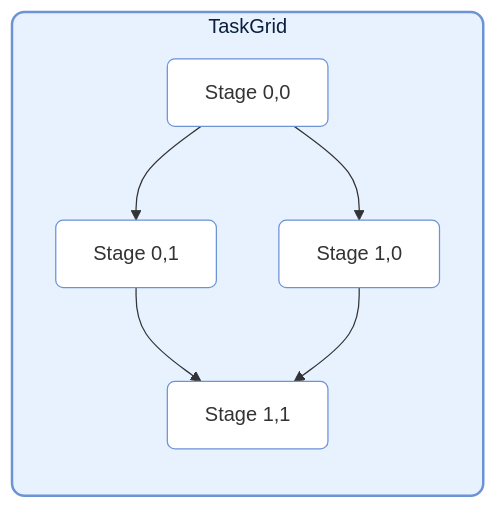
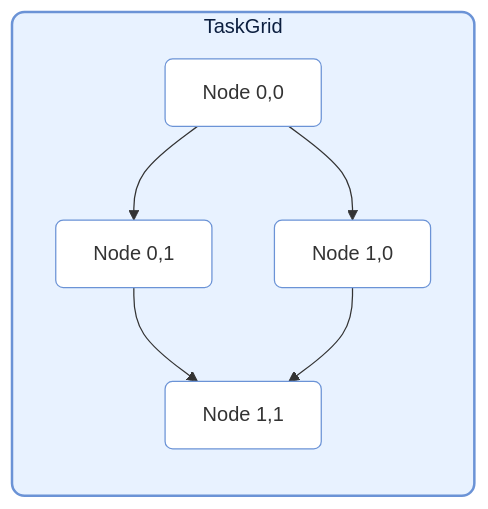
One commit to Mr-xiaotian/CelestialFlow changed the third of 6 diagrams in docs/ja/src/graph/core_structure.md. Above: the diagram before and after it, drawn with Mermaid. The commit also changed other lines of this file and 181 other files, not shown here.

````diff
--- a/docs/ja/src/graph/core_structure.md
+++ b/docs/ja/src/graph/core_structure.md
@@ -82,18 +82,18 @@
 ```mermaid
 flowchart TD
     subgraph TG[TaskGrid]
         direction TB
-        S00[Stage 0,0]
-        S01[Stage 0,1]
-        S10[Stage 1,0]
-        S11[Stage 1,1]
+        S00[Node 0,0]
+        S01[Node 0,1]
+        S10[Node 1,0]
+        S11[Node 1,1]
 
         S00 --> S01
         S00 --> S10
         S01 --> S11
         S10 --> S11
     end
     style TG fill:#e8f2ff,stroke:#6b93d6,stroke-width:2px,color:#0b1e3f,rx:10px,ry:10px
     classDef blueNode fill:#ffffff,stroke:#6b93d6,rx:6px,ry:6px;
     class S00,S01,S10,S11 blueNode;
 ```
````
